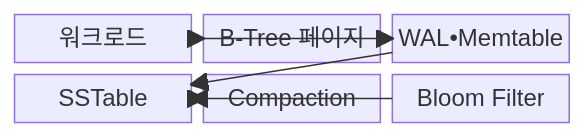
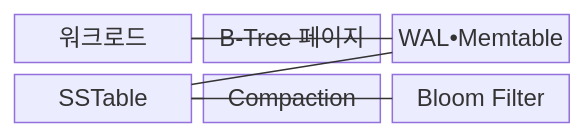
One commit to agnusdei1207/knowledge-base changed the first of 2 diagrams in src/content/docs/notes/03-software/097_btree_vs_lsm_tree.md. Above: the diagram before and after it, drawn with Mermaid. The commit also changed other lines of this file and 493 other files, not shown here.

````diff
--- a/src/content/docs/notes/03-software/097_btree_vs_lsm_tree.md
+++ b/src/content/docs/notes/03-software/097_btree_vs_lsm_tree.md
@@ -69,15 +69,15 @@
 ```mermaid
 block-beta
   columns 3
   W["워크로드"]
   B["B-Tree 페이지"]
   L["WAL•Memtable"]
   S["SSTable"]
   C["Compaction"]
   F["Bloom Filter"]
-  W --> B
-  W --> L
-  L --> S
-  S --> C
-  F --> S
+  W --- B
+  W --- L
+  L --- S
+  S --- C
+  F --- S
 ```
````
